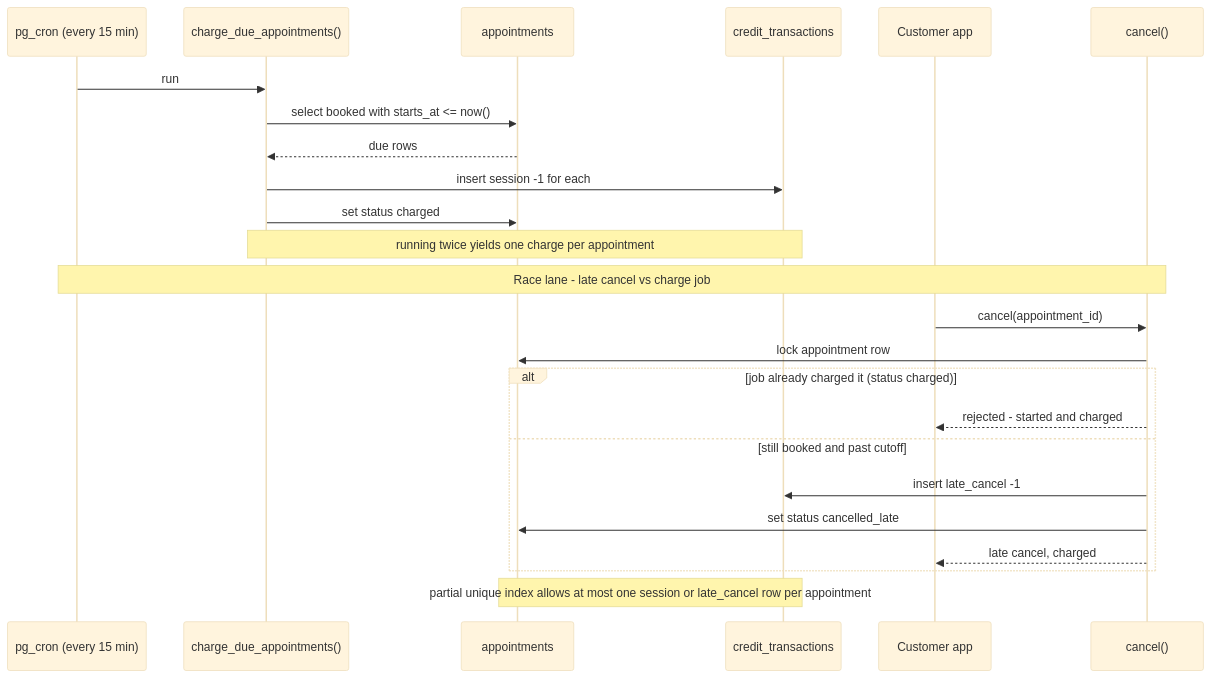
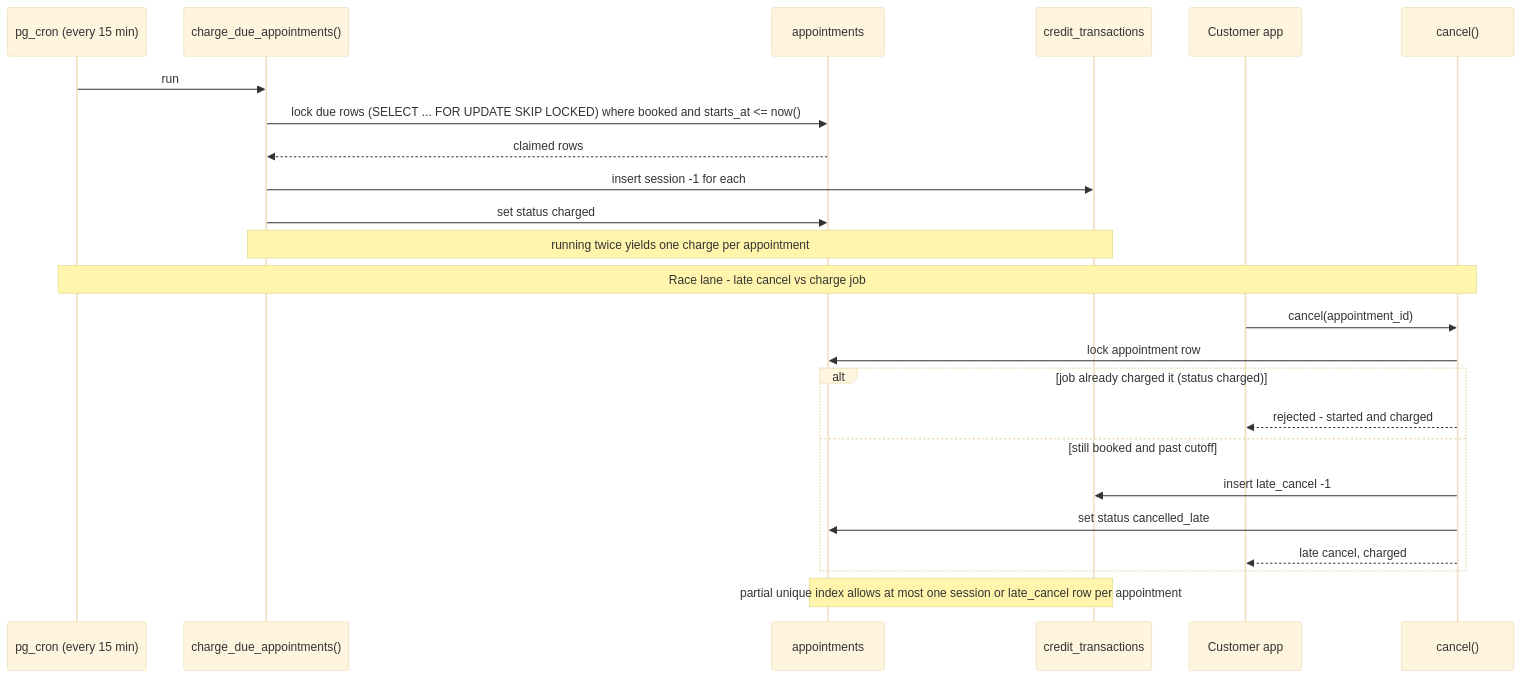
One commit to JasaGlazar/amrap changed the diagram in docs/architecture/charging-sequence.md. Above: the diagram before and after it, drawn with Mermaid (base theme). The commit also changed 9 other files, not shown here.

````diff
--- a/docs/architecture/charging-sequence.md
+++ b/docs/architecture/charging-sequence.md
@@ -9,28 +9,28 @@
 ```mermaid
 sequenceDiagram
     participant Cron as pg_cron (every 15 min)
     participant Job as charge_due_appointments()
     participant Appt as appointments
     participant Ledger as credit_transactions
     participant Cust as Customer app
     participant Cancel as cancel()
 
     Cron->>Job: run
-    Job->>Appt: select booked with starts_at <= now()
-    Appt-->>Job: due rows
+    Job->>Appt: lock due rows (SELECT ... FOR UPDATE SKIP LOCKED) where booked and starts_at <= now()
+    Appt-->>Job: claimed rows
     Job->>Ledger: insert session -1 for each
     Job->>Appt: set status charged
     Note over Job,Ledger: running twice yields one charge per appointment
 
     Note over Cron,Cancel: Race lane - late cancel vs charge job
     Cust->>Cancel: cancel(appointment_id)
     Cancel->>Appt: lock appointment row
     alt job already charged it (status charged)
         Cancel-->>Cust: rejected - started and charged
     else still booked and past cutoff
         Cancel->>Ledger: insert late_cancel -1
         Cancel->>Appt: set status cancelled_late
         Cancel-->>Cust: late cancel, charged
     end
     Note over Appt,Ledger: partial unique index allows at most one session or late_cancel row per appointment
 ```
````
